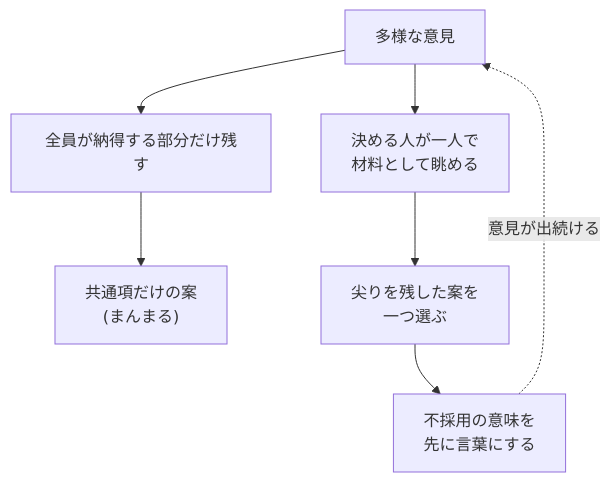
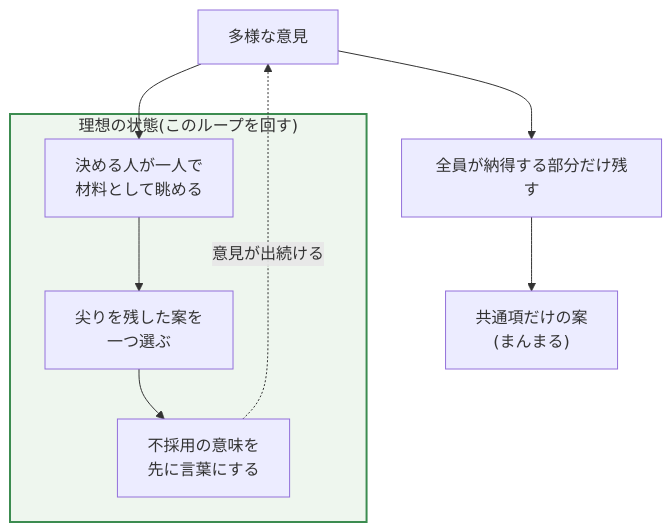
Before and after one commit to kimuchanman/kimuchanman.github.io: the diagram in src/content/blog/diversity-and-sustainability.md, drawn with Mermaid.

Commit message:
多様性の記事の図で、理想のループを枠で囲む

````diff
--- a/src/content/blog/diversity-and-sustainability.md
+++ b/src/content/blog/diversity-and-sustainability.md
@@ -16,9 +16,13 @@
 ```mermaid
 flowchart TB
   A["多様な意見"] --> B["全員が納得する部分だけ残す"]
   B --> C["共通項だけの案<br/>(まんまる)"]
-  A --> D["決める人が一人で<br/>材料として眺める"]
-  D --> E["尖りを残した案を<br/>一つ選ぶ"]
-  E --> F["不採用の意味を<br/>先に言葉にする"]
+  subgraph G["理想の状態(このループを回す)"]
+    D["決める人が一人で<br/>材料として眺める"]
+    D --> E["尖りを残した案を<br/>一つ選ぶ"]
+    E --> F["不採用の意味を<br/>先に言葉にする"]
+  end
+  A --> D
   F -.->|"意見が出続ける"| A
+  style G fill:#eef6ee,stroke:#3c8c50,stroke-width:2px
 ```
````
